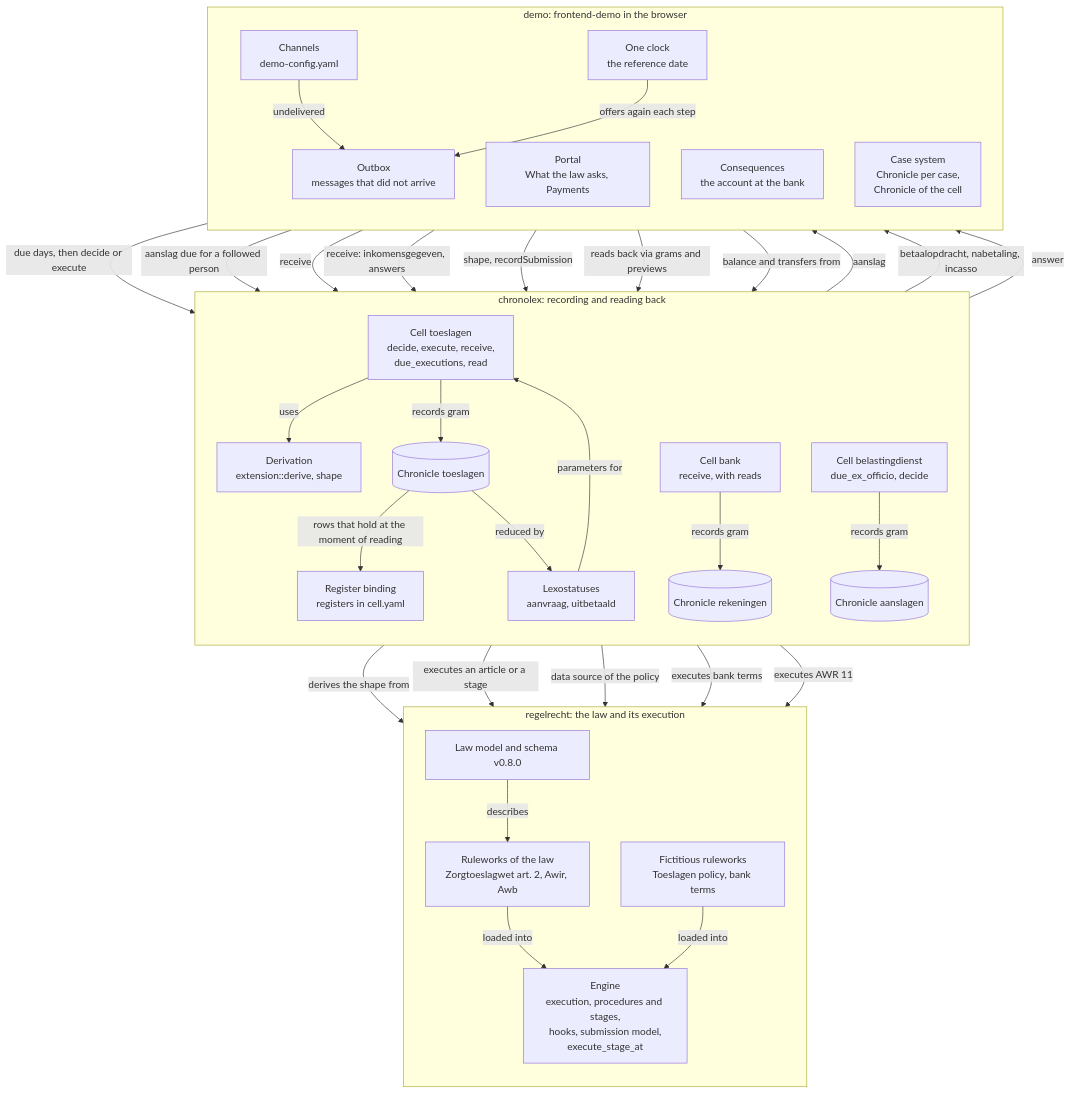
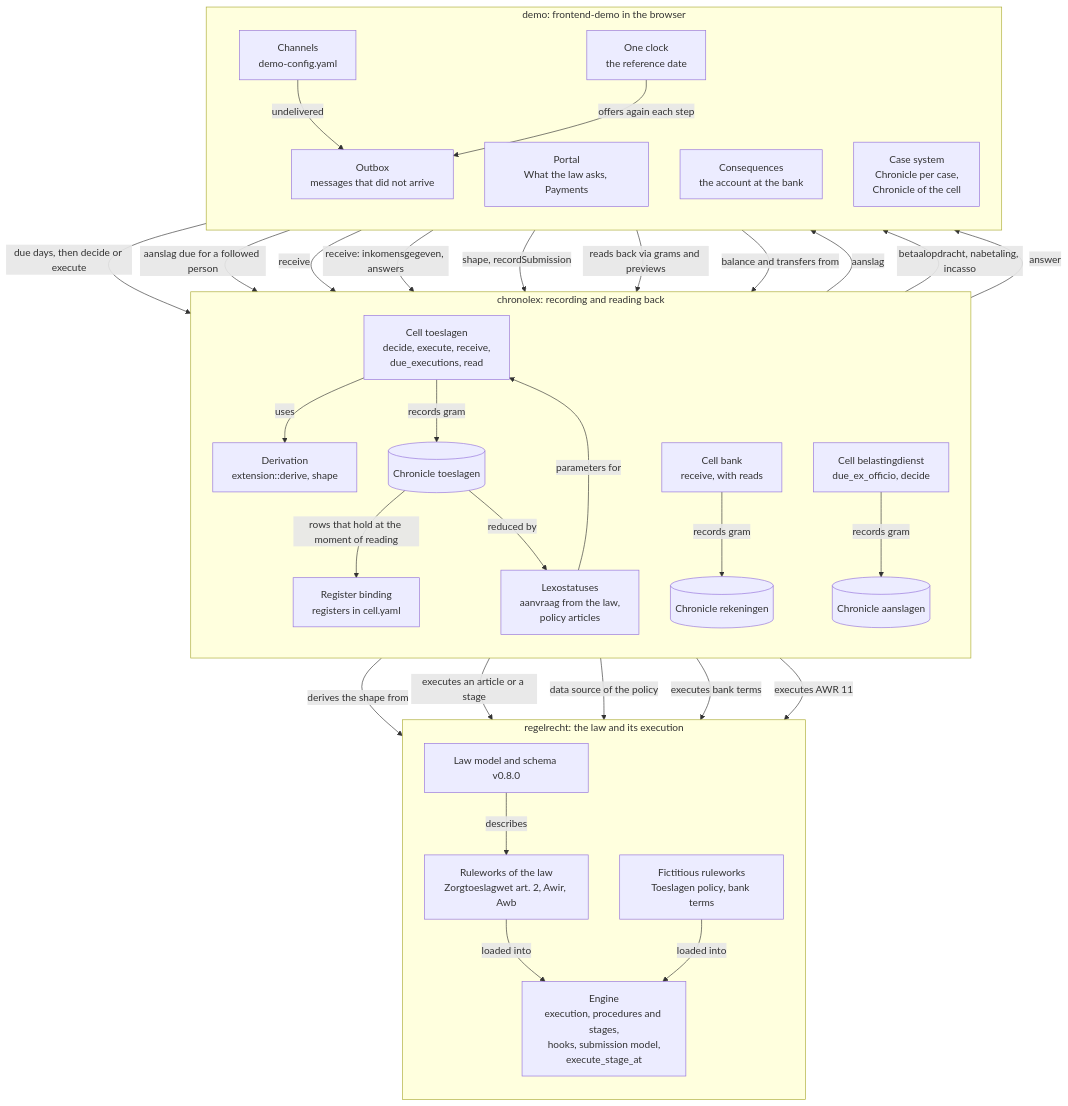
Before and after one commit to MinBZK/regelrecht: the first of 2 diagrams in docs/src/content/docs/components/zorgtoeslag-chronolexography.md, drawn with Mermaid. The commit also changed other lines of this file and 2 other files, not shown here.

````diff
--- a/docs/src/content/docs/components/zorgtoeslag-chronolexography.md
+++ b/docs/src/content/docs/components/zorgtoeslag-chronolexography.md
@@ -24,58 +24,58 @@
 ```mermaid
 flowchart TB
   subgraph RR["regelrecht: the law and its execution"]
     direction TB
     LAW["Ruleworks of the law<br/>Zorgtoeslagwet art. 2, Awir, Awb"]
     POL["Fictitious ruleworks<br/>Toeslagen policy, bank terms"]
     SCH["Law model and schema v0.8.0"]
     ENG["Engine<br/>execution, procedures and stages,<br/>hooks, submission model,<br/>execute_stage_at"]
   end
   subgraph CL["chronolex: recording and reading back"]
     direction TB
     DER["Derivation<br/>extension::derive, shape"]
     CT["Cell toeslagen<br/>decide, execute, receive,<br/>due_executions, read"]
     KT[("Chronicle toeslagen")]
     REG["Register binding<br/>registers in cell.yaml"]
-    LX["Lexostatuses<br/>aanvraag, uitbetaald"]
+    LX["Lexostatuses<br/>aanvraag from the law,<br/>policy articles"]
     CB["Cell bank<br/>receive, with reads"]
     KB[("Chronicle rekeningen")]
     CD["Cell belastingdienst<br/>due_ex_officio, decide"]
     KD[("Chronicle aanslagen")]
   end
   subgraph DM["demo: frontend-demo in the browser"]
     direction TB
     CLK["One clock<br/>the reference date"]
     POR["Portal<br/>What the law asks, Payments"]
     GEV["Consequences<br/>the account at the bank"]
     ZS["Case system<br/>Chronicle per case,<br/>Chronicle of the cell"]
     CHN["Channels<br/>demo-config.yaml"]
     OB["Outbox<br/>messages that did not arrive"]
   end
   SCH -->|"describes"| LAW
   LAW -->|"loaded into"| ENG
   POL -->|"loaded into"| ENG
   DER -->|"derives the shape from"| LAW
   CT -->|"uses"| DER
   CT -->|"executes an article or a stage"| ENG
   CT -->|"records gram"| KT
   KT -->|"rows that hold at the moment of reading"| REG
   REG -->|"data source of the policy"| ENG
   KT -->|"reduced by"| LX
   LX -->|"parameters for"| CT
   CB -->|"executes bank terms"| ENG
   CB -->|"records gram"| KB
   CD -->|"executes AWR 11"| ENG
   CD -->|"records gram"| KD
   CLK -->|"due days, then decide or execute"| CT
   CLK -->|"aanslag due for a followed person"| CD
   CD -->|"aanslag"| CHN
   CT -->|"betaalopdracht, nabetaling, incasso"| CHN
   CHN -->|"receive"| CB
   CB -->|"answer"| CHN
   CHN -->|"receive: inkomensgegeven, answers"| CT
   CHN -->|"undelivered"| OB
   CLK -->|"offers again each step"| OB
   POR -->|"shape, recordSubmission"| CT
   ZS -->|"reads back via grams and previews"| CT
   GEV -->|"balance and transfers from"| KB
 ```
````
